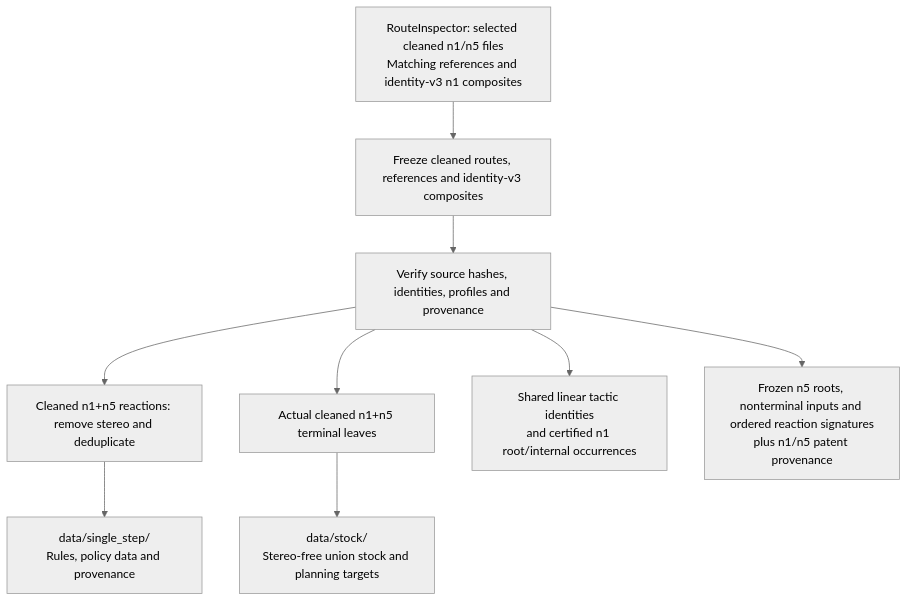
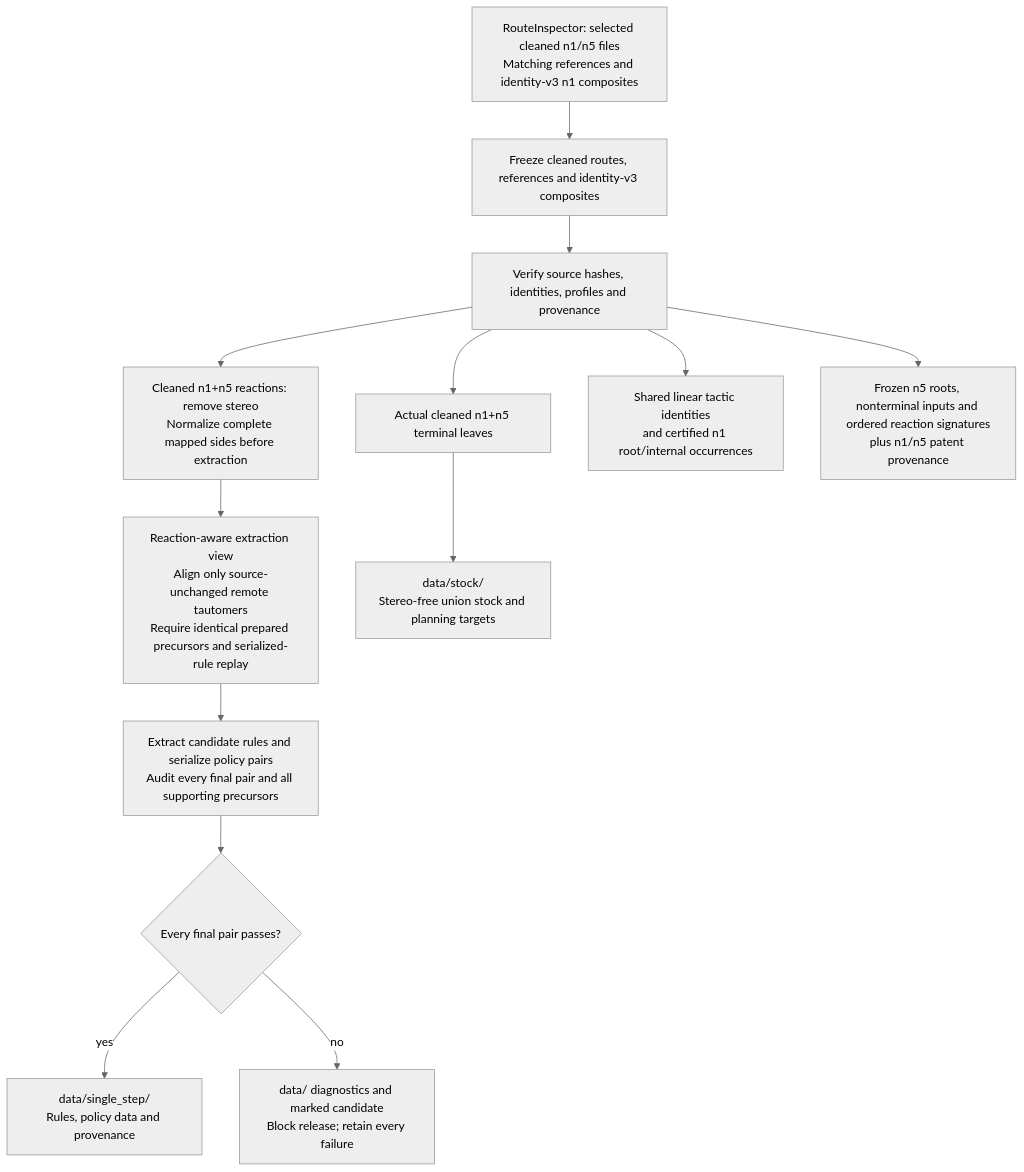
One commit to Protolaw/retrocomposite changed the first of 3 diagrams in docs/diagrams/preparation.md. Above: the diagram before and after it, drawn with Mermaid (neutral theme). The commit also changed other lines of this file and 10 other files, not shown here.

````diff
--- a/docs/diagrams/preparation.md
+++ b/docs/diagrams/preparation.md
@@ -11,17 +11,23 @@
 ```mermaid
 flowchart TD
     RI["RouteInspector: selected cleaned n1/n5 files<br/>Matching references and identity-v3 n1 composites"]
     RELEASE["Freeze cleaned routes, references and identity-v3 composites"]
     CHECK["Verify source hashes, identities, profiles and provenance"]
-    REACTIONS["Cleaned n1+n5 reactions: remove stereo and deduplicate"]
+    REACTIONS["Cleaned n1+n5 reactions: remove stereo<br/>Normalize complete mapped sides before extraction"]
+    ALIGN["Reaction-aware extraction view<br/>Align only source-unchanged remote tautomers<br/>Require identical prepared precursors and serialized-rule replay"]
+    REPLAY["Extract candidate rules and serialize policy pairs<br/>Audit every final pair and all supporting precursors"]
+    REPLAYOK{"Every final pair passes?"}
+    REPLAYFAIL["data/ diagnostics and marked candidate<br/>Block release; retain every failure"]
     SINGLE["data/single_step/<br/>Rules, policy data and provenance"]
     LEAVES["Actual cleaned n1+n5 terminal leaves"]
     STOCK["data/stock/<br/>Stereo-free union stock and planning targets"]
     SHARED["Shared linear tactic identities<br/>and certified n1 root/internal occurrences"]
     REFERENCE["Frozen n5 roots, nonterminal inputs and ordered reaction signatures<br/>plus n1/n5 patent provenance"]
     RI --> RELEASE --> CHECK
-    CHECK --> REACTIONS --> SINGLE
+    CHECK --> REACTIONS --> ALIGN --> REPLAY --> REPLAYOK
+    REPLAYOK -->|yes| SINGLE
+    REPLAYOK -->|no| REPLAYFAIL
     CHECK --> LEAVES --> STOCK
     CHECK --> SHARED
     CHECK --> REFERENCE
 ```
````
